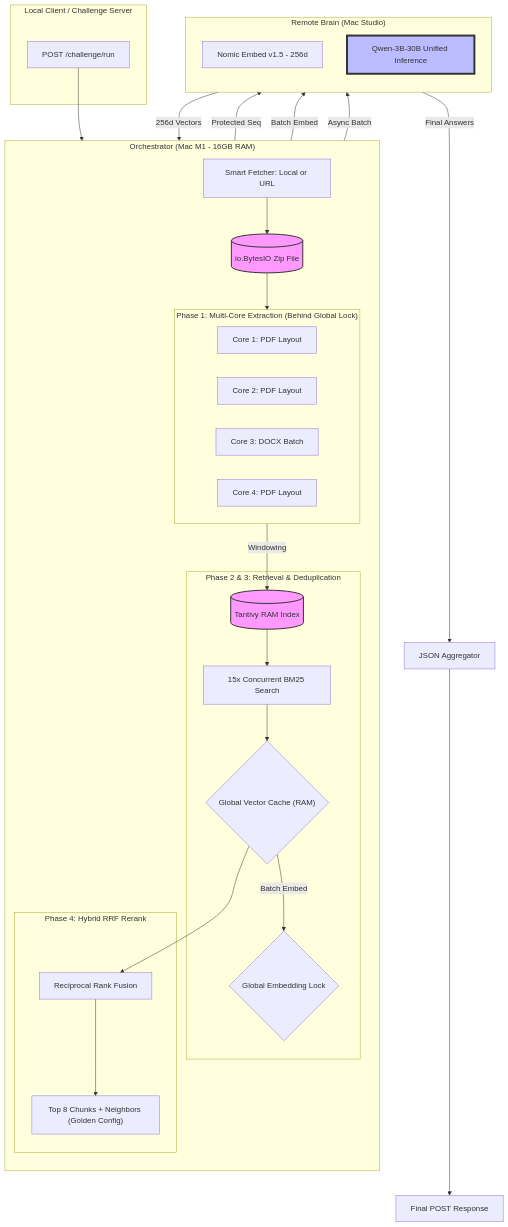
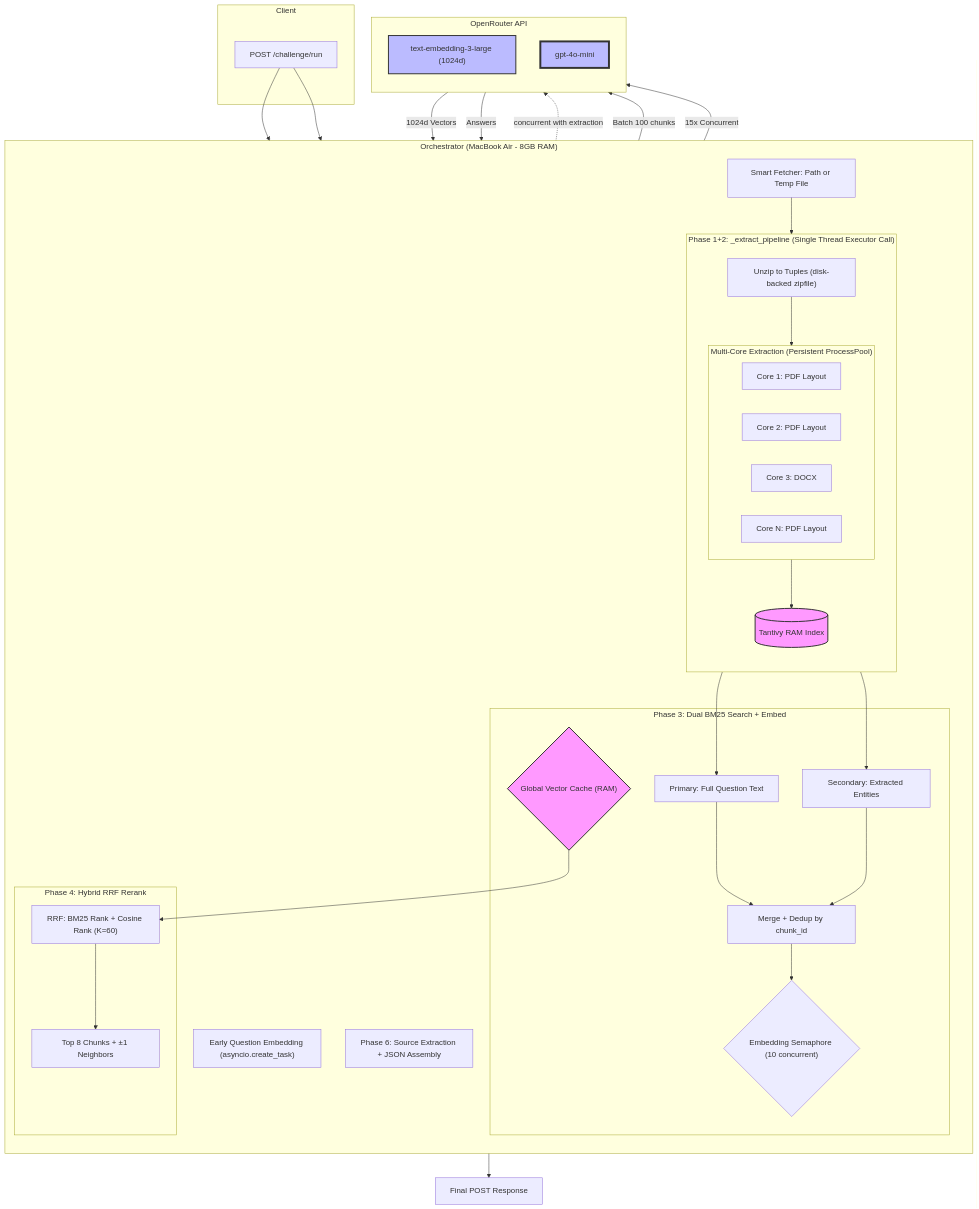
The diagram in docs/speedrunphases/architecture.md (trident4/Lucio_Challenge), drawn with Mermaid before and after one commit. The commit also changed other lines of this file and 3 other files, not shown here.

First line of the commit message:
feat: streaming remote download + temp file cleanup

````diff
--- a/docs/speedrunphases/architecture.md
+++ b/docs/speedrunphases/architecture.md
@@ -1,62 +1,74 @@
 ```mermaid
 flowchart TD
-subgraph Client["Local Client / Challenge Server"]
+subgraph Client["Client"]
 Trigger["POST /challenge/run"]
 end
 
-    subgraph M1["Orchestrator (Mac M1 - 16GB RAM)"]
+    subgraph Orchestrator["Orchestrator (MacBook Air - 8GB RAM)"]
         direction TB
-        Fetch["Smart Fetcher: Local or URL"]
-        RAM_Zip[("io.BytesIO Zip File")]
+        Fetch["Smart Fetcher: Path or Temp File"]
+        QEmbed["Early Question Embedding (asyncio.create_task)"]
 
-        subgraph Extraction["Phase 1: Multi-Core Extraction (Behind Global Lock)"]
-            direction LR
-            P1["Core 1: PDF Layout"]
-            P2["Core 2: PDF Layout"]
-            P3["Core 3: DOCX Batch"]
-            P4["Core 4: PDF Layout"]
+        subgraph Pipeline["Phase 1+2: _extract_pipeline (Single Thread Executor Call)"]
+            direction TB
+            Unzip["Unzip to Tuples (disk-backed zipfile)"]
+            subgraph Extraction["Multi-Core Extraction (Persistent ProcessPool)"]
+                direction LR
+                P1["Core 1: PDF Layout"]
+                P2["Core 2: PDF Layout"]
+                P3["Core 3: DOCX"]
+                P4["Core N: PDF Layout"]
+            end
+            Tantivy[("Tantivy RAM Index")]
         end
 
-        subgraph Search["Phase 2 & 3: Retrieval & Deduplication"]
-            Tantivy[("Tantivy RAM Index")]
-            BM25["15x Concurrent BM25 Search"]
-            EmbedLock{"Global Embedding Lock"}
+        subgraph Search["Phase 3: Dual BM25 Search + Embed"]
+            BM25_Primary["Primary: Full Question Text"]
+            BM25_Entity["Secondary: Extracted Entities"]
+            Merge["Merge + Dedup by chunk_id"]
+            Semaphore{"Embedding Semaphore (10 concurrent)"}
             Cache{"Global Vector Cache (RAM)"}
         end
 
         subgraph Rerank["Phase 4: Hybrid RRF Rerank"]
-            RRF["Reciprocal Rank Fusion"]
-            Top8["Top 8 Chunks + Neighbors (Golden Config)"]
+            RRF["RRF: BM25 Rank + Cosine Rank (K=60)"]
+            Top8["Top 8 Chunks + ±1 Neighbors"]
         end
+
+        Assembler["Phase 6: Source Extraction + JSON Assembly"]
     end
 
-    subgraph Studio["Remote Brain (Mac Studio)"]
+    subgraph OpenRouter["OpenRouter API"]
         direction TB
-        Embed["Nomic Embed v1.5 - 256d"]
-        Qwen["Qwen-3B-30B Unified Inference"]
+        EmbedAPI["text-embedding-3-large (1024d)"]
+        LLM["gpt-4o-mini"]
     end
 
     %% Connections
     Trigger --> Fetch
-    Fetch --> RAM_Zip
-    RAM_Zip --> Extraction
-    Extraction -->|Windowing| Tantivy
-    Tantivy --> BM25
-    BM25 --> Cache
-    Cache -- "Batch Embed" --> EmbedLock
-    EmbedLock -- "Protected Seq" --> Embed
-    %% Remote Calls
-    Cache -- "Batch Embed" --> Embed
-    Embed -- "256d Vectors" --> Cache
+    Trigger --> QEmbed
+    Fetch --> Unzip
+    Unzip --> Extraction
+    Extraction --> Tantivy
+
+    QEmbed -. "concurrent with extraction" .-> EmbedAPI
+
+    Tantivy --> BM25_Primary
+    Tantivy --> BM25_Entity
+    BM25_Primary --> Merge
+    BM25_Entity --> Merge
+    Merge --> Semaphore
+    Semaphore -- "Batch 100 chunks" --> EmbedAPI
+    EmbedAPI -- "1024d Vectors" --> Cache
     Cache --> RRF
     RRF --> Top8
-    Top8 -- "Async Batch" --> Qwen
-    Qwen -- "Final Answers" --> Aggregator["JSON Aggregator"]
-
-    Aggregator --> Output["Final POST Response"]
+    Top8 -- "15x Concurrent" --> LLM
+    LLM -- "Answers" --> Assembler
+    Assembler --> Output["Final POST Response"]
 
     %% Styling
-    style RAM_Zip fill:#f9f,stroke:#333,stroke-width:2px
     style Tantivy fill:#f9f,stroke:#333,stroke-width:2px
-    style Qwen fill:#bbf,stroke:#333,stroke-width:4px
+    style Cache fill:#f9f,stroke:#333,stroke-width:2px
+    style LLM fill:#bbf,stroke:#333,stroke-width:4px
+    style EmbedAPI fill:#bbf,stroke:#333,stroke-width:2px
 ```
````
